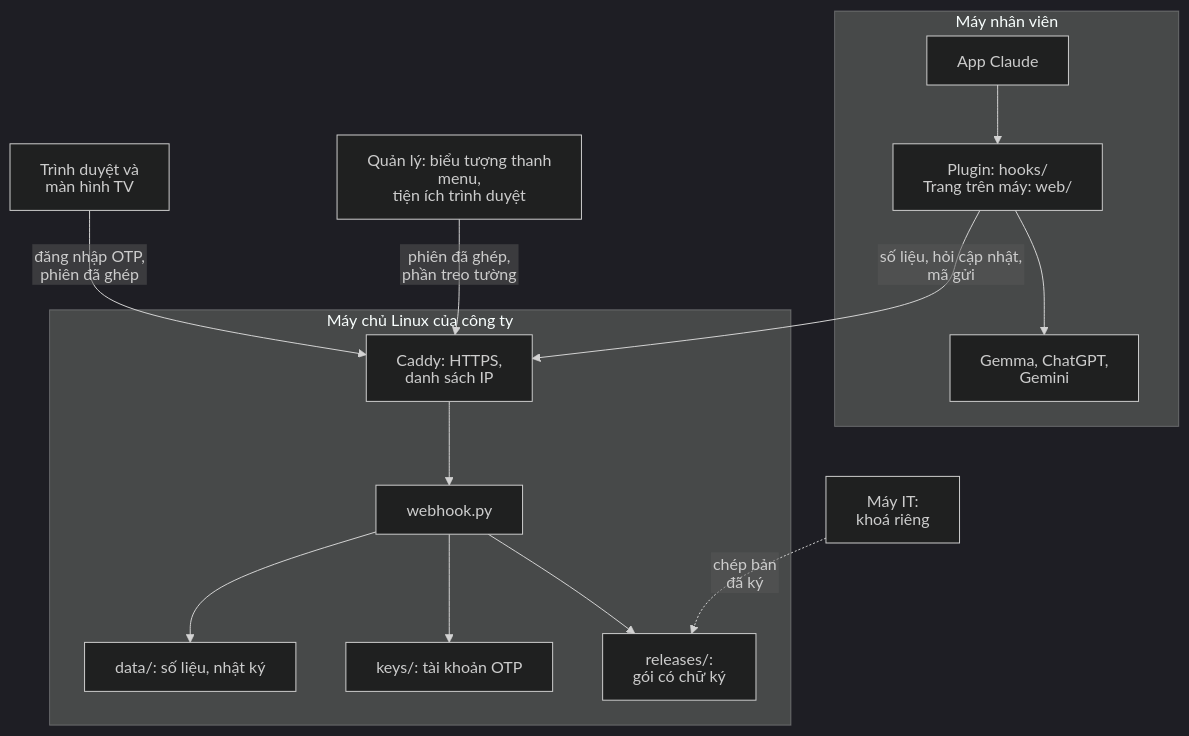
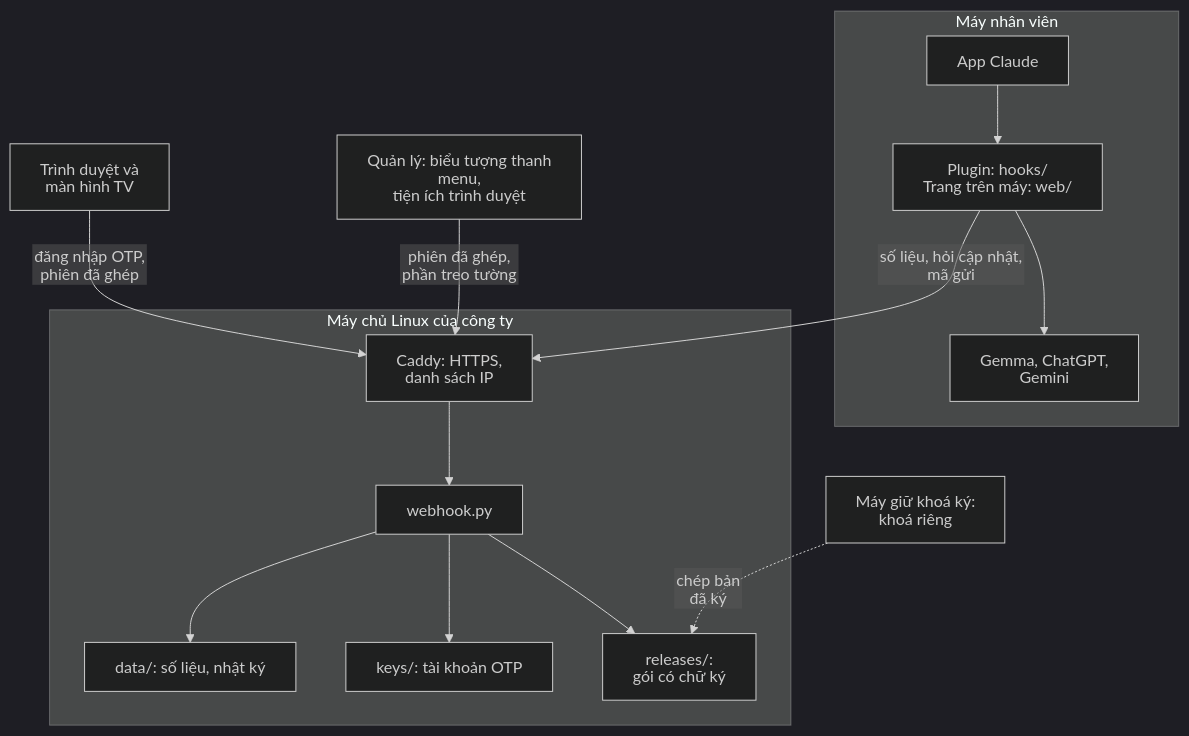
One commit to anhle9x/ai-worker changed the first of 8 diagrams in docs/ARCHITECTURE.vi.md. Above: the diagram before and after it, drawn with Mermaid (dark theme). The commit also changed other lines of this file and 43 other files, not shown here.

````diff
--- a/docs/ARCHITECTURE.vi.md
+++ b/docs/ARCHITECTURE.vi.md
@@ -71,21 +71,21 @@
 ```mermaid
 %%{init: {"htmlLabels": false, "flowchart": {"htmlLabels": false}}}%%
 flowchart TD
   subgraph PC["Máy nhân viên"]
     App["App Claude"] --> Plugin["Plugin: hooks/<br/>Trang trên máy: web/"]
     Plugin --> Helpers["Gemma, ChatGPT,<br/>Gemini"]
   end
   Browser["Trình duyệt và<br/>màn hình TV"]
   Mgr["Quản lý: biểu tượng thanh menu,<br/>tiện ích trình duyệt"]
-  IT["Máy IT:<br/>khoá riêng"]
+  IT["Máy giữ khoá ký:<br/>khoá riêng"]
   subgraph Server["Máy chủ Linux của công ty"]
     Proxy["Caddy: HTTPS,<br/>danh sách IP"] --> Hook["webhook.py"]
     Hook --> Data["data/: số liệu, nhật ký"]
     Hook --> Keys["keys/: tài khoản OTP"]
     Hook --> Releases["releases/:<br/>gói có chữ ký"]
   end
   Plugin -- "số liệu, hỏi cập nhật,<br/>mã gửi" --> Proxy
   Browser -- "đăng nhập OTP,<br/>phiên đã ghép" --> Proxy
   Mgr -- "phiên đã ghép,<br/>phần treo tường" --> Proxy
   IT -. "chép bản<br/>đã ký" .-> Releases
 ```
````
